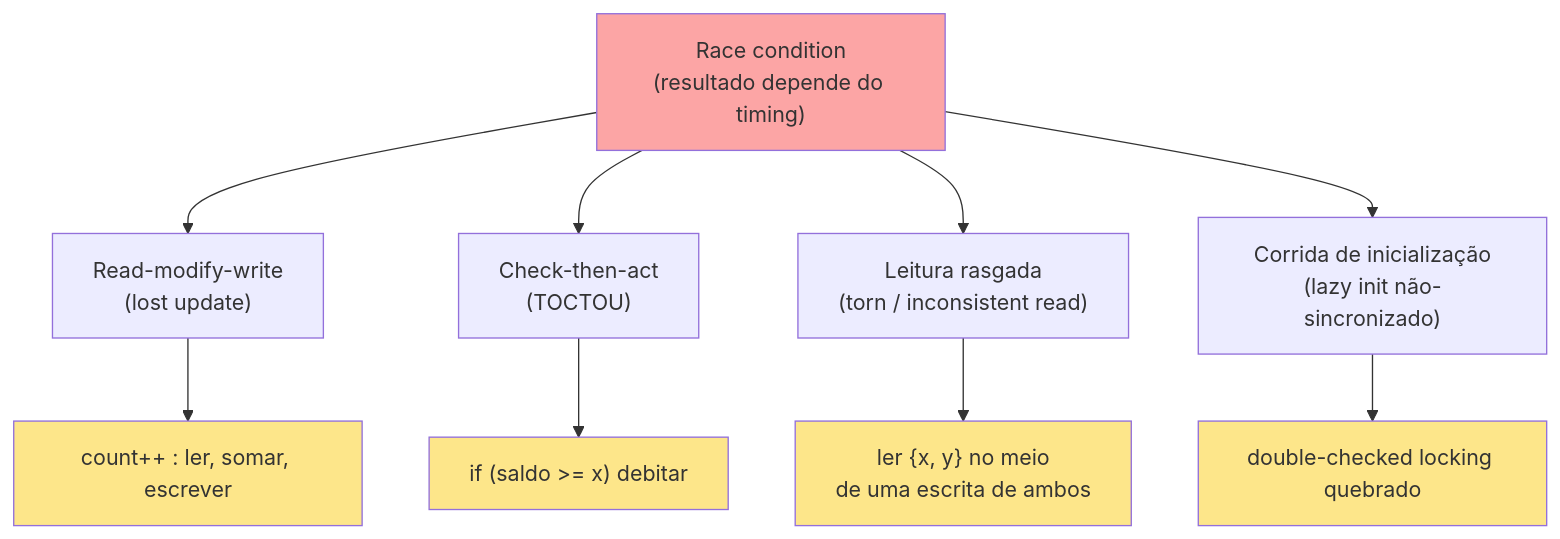
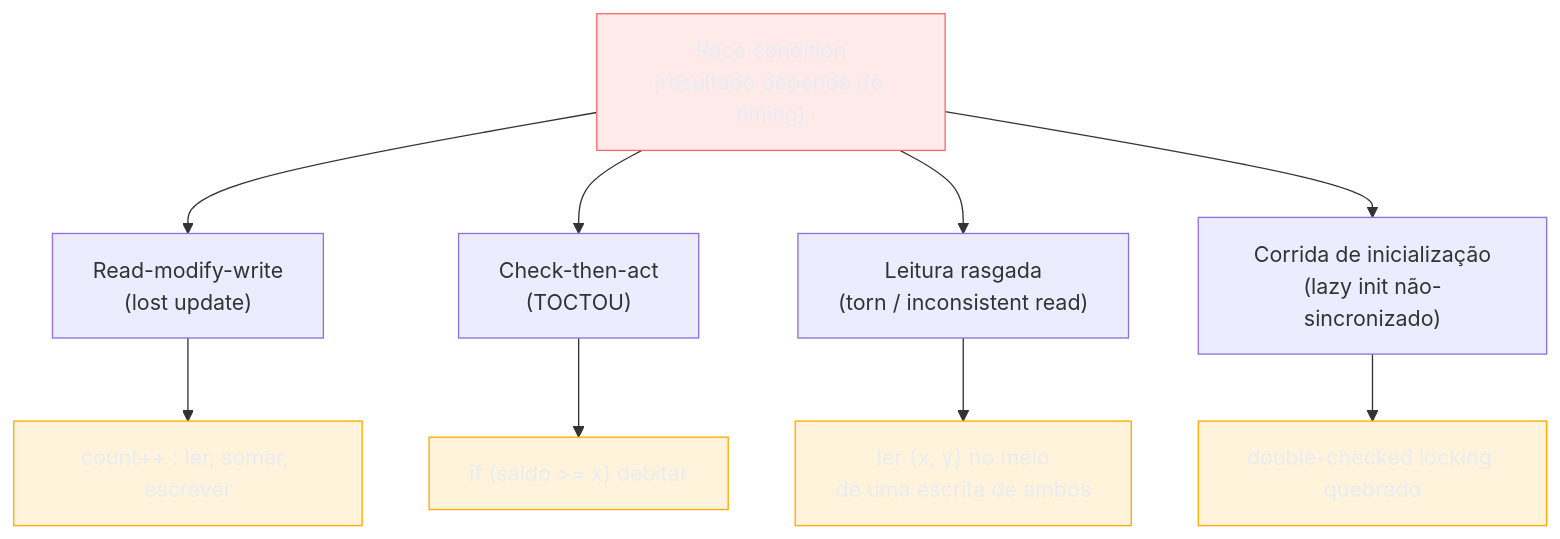
The fourth of 6 diagrams in 03-Dominios/Ciência/Concorrência e Paralelismo/03 - Estado compartilhado e race conditions.md (josenaldo/codex-technomanticus), drawn with Mermaid before and after one commit. The commit also changed other lines of this file and 1181 other files, not shown here.

First line of the commit message:
fix(diagramas): paleta do sistema no lugar de cor cravada no markdown

````diff
--- a/03-Dominios/Ciência/Concorrência e Paralelismo/03 - Estado compartilhado e race conditions.md
+++ b/03-Dominios/Ciência/Concorrência e Paralelismo/03 - Estado compartilhado e race conditions.md
@@ -178,18 +180,20 @@
 ```mermaid
 flowchart TD
+    classDef falha fill:#FF6B6B24,stroke:#FF6B6B,color:#E9ECF2
+    classDef destaque fill:#FFAA0024,stroke:#FFAA00,color:#E9ECF2
     R["Race condition<br/>(resultado depende do timing)"] --> RMW["Read-modify-write<br/>(lost update)"]
     R --> CTA["Check-then-act<br/>(TOCTOU)"]
     R --> TORN["Leitura rasgada<br/>(torn / inconsistent read)"]
     R --> INIT["Corrida de inicialização<br/>(lazy init não-sincronizado)"]
 
     RMW --> RMWex["count++ : ler, somar, escrever"]
     CTA --> CTAex["if (saldo >= x) debitar"]
     TORN --> TORNex["ler {x, y} no meio<br/>de uma escrita de ambos"]
     INIT --> INITex["double-checked locking quebrado"]
 
-    style R fill:#fca5a5
-    style RMWex fill:#fde68a
-    style CTAex fill:#fde68a
-    style TORNex fill:#fde68a
-    style INITex fill:#fde68a
+    class R falha
+    class RMWex destaque
+    class CTAex destaque
+    class TORNex destaque
+    class INITex destaque
 ```
````
